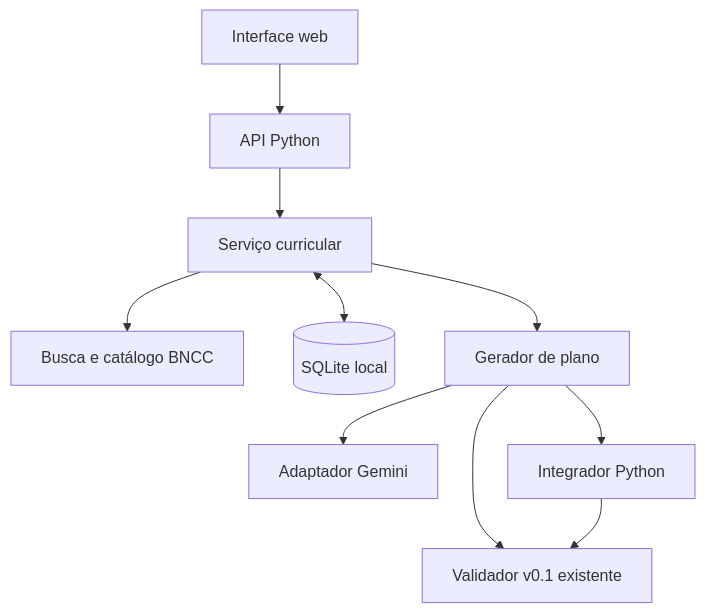
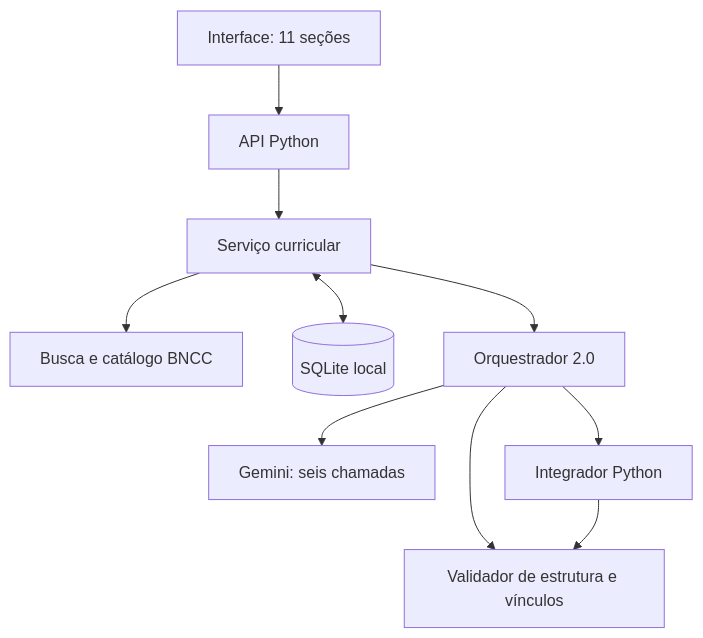
One commit to Carneiro-Joao/tcc-plataforma-multiagente changed the diagram in docs/diagramas/PoC04A_Gemini_atual.md. Above: the diagram before and after it, drawn with Mermaid. The commit also changed other lines of this file and 22 other files, not shown here.

First line of the commit message:
Implementar PlanoDeAula 2.0 com 11 seções e avaliação em duas passagens

````diff
--- a/docs/diagramas/PoC04A_Gemini_atual.md
+++ b/docs/diagramas/PoC04A_Gemini_atual.md
@@ -5,12 +5,12 @@
 ```mermaid
 flowchart TB
-    UI["Interface web"] --> API["API Python"]
+    UI["Interface: 11 seções"] --> API["API Python"]
     API --> S["Serviço curricular"]
     S --> R["Busca e catálogo BNCC"]
     S <--> DB[("SQLite local")]
-    S --> O["Gerador de plano"]
-    O --> G["Adaptador Gemini"]
-    O --> V["Validador v0.1 existente"]
+    S --> O["Orquestrador 2.0"]
+    O --> G["Gemini: seis chamadas"]
+    O --> V["Validador de estrutura e vínculos"]
     O --> I["Integrador Python"]
     I --> V
 ```
````
